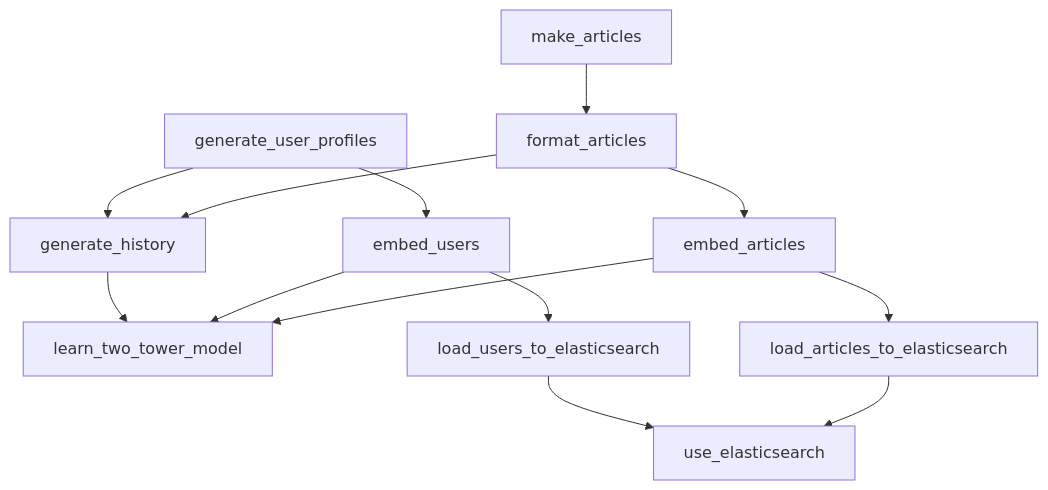
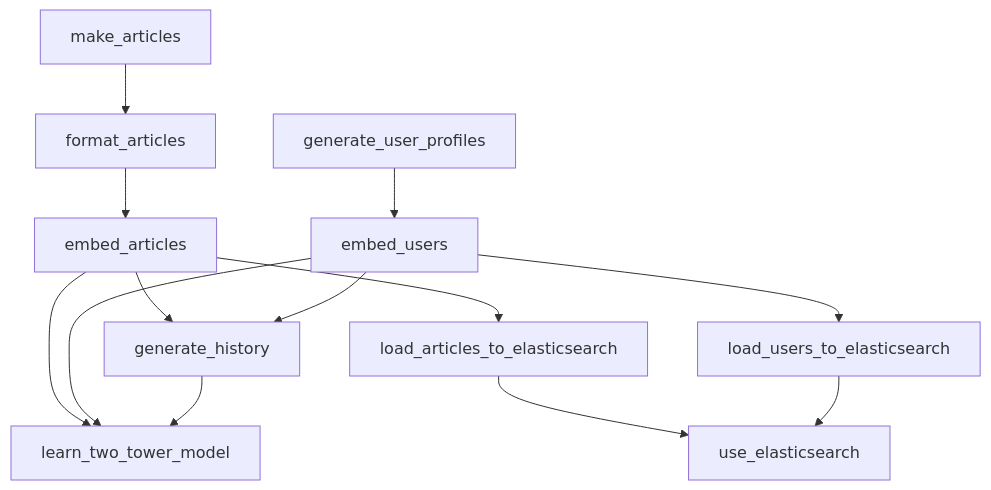
The diagram in PIPELINE.md (u-masao/hybrid-search-demo), drawn with Mermaid before and after one commit.

Commit message:
dvc pipeline updated

````diff
--- a/PIPELINE.md
+++ b/PIPELINE.md
@@ -1,25 +1,25 @@
 ```mermaid
 flowchart TD
 	node1["embed_articles"]
 	node2["embed_users"]
 	node3["format_articles"]
 	node4["generate_history"]
 	node5["generate_user_profiles"]
 	node6["learn_two_tower_model"]
 	node7["load_articles_to_elasticsearch"]
 	node8["load_users_to_elasticsearch"]
 	node9["make_articles"]
 	node10["use_elasticsearch"]
+	node1-->node4
 	node1-->node6
 	node1-->node7
+	node2-->node4
 	node2-->node6
 	node2-->node8
 	node3-->node1
-	node3-->node4
 	node4-->node6
 	node5-->node2
-	node5-->node4
 	node7-->node10
 	node8-->node10
 	node9-->node3
 ```
````
